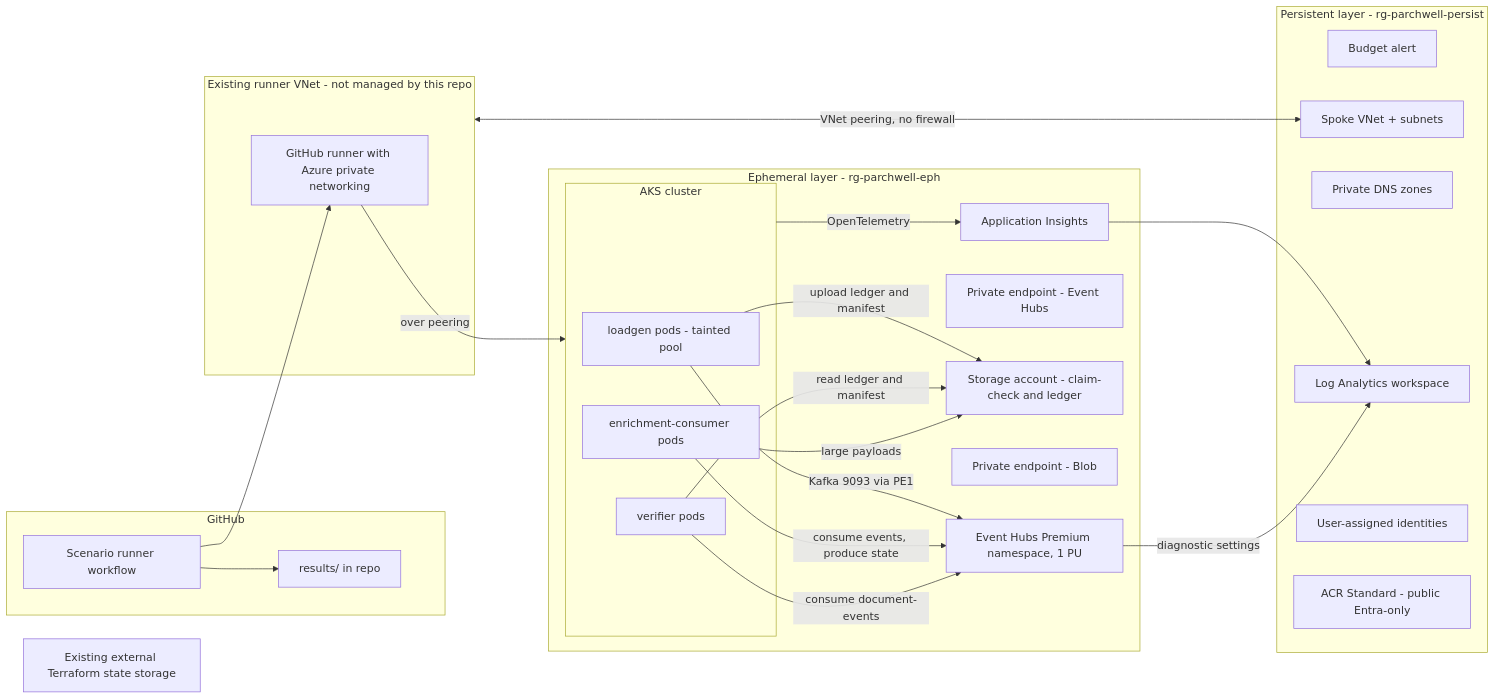
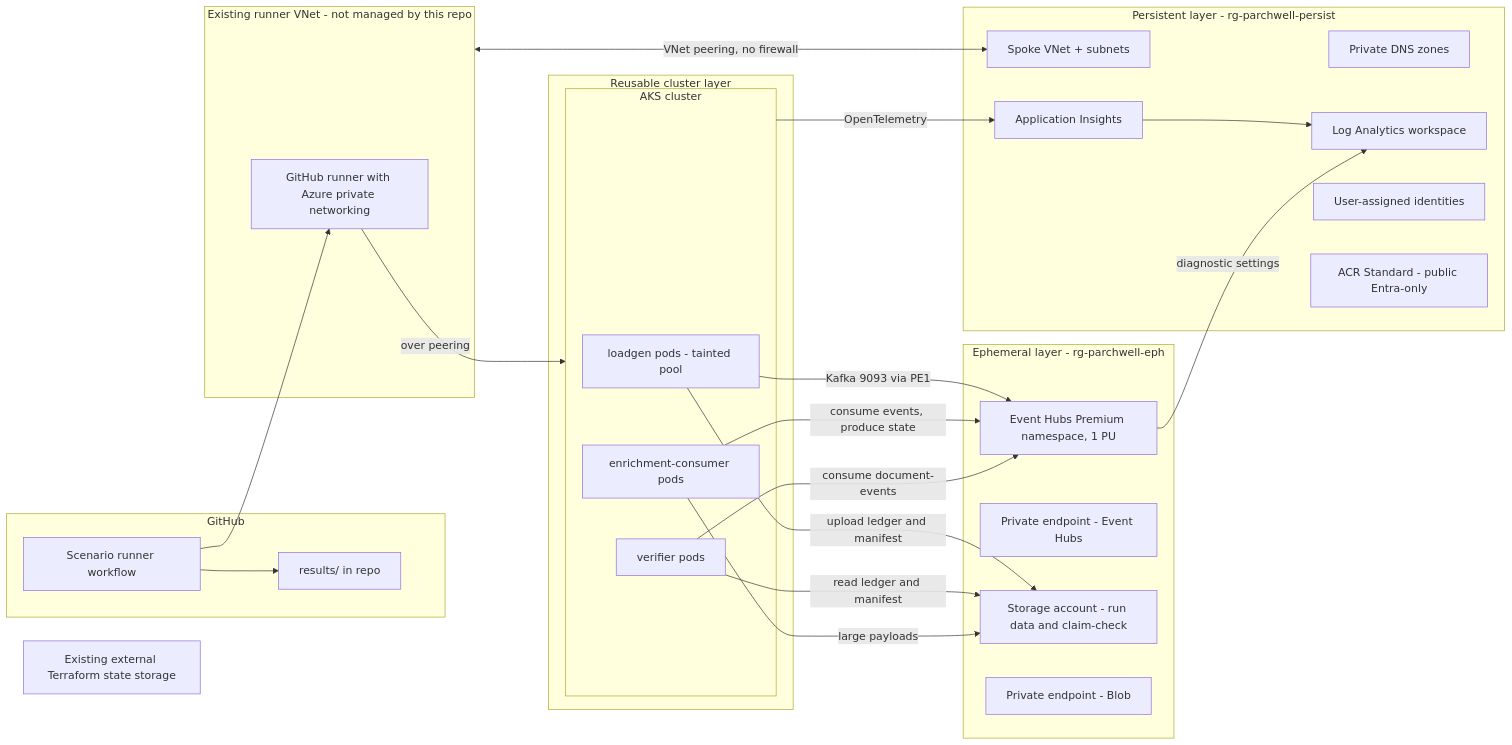
The diagram in docs/blueprint.md (collaborationwithothers/eventhubs-kafka-dotnet), drawn with Mermaid before and after one commit. The commit also changed other lines of this file and 7 other files, not shown here.

````diff
--- a/docs/blueprint.md
+++ b/docs/blueprint.md
@@ -62,44 +62,45 @@
 ```mermaid
 flowchart LR
   subgraph GH[GitHub]
     WF[Scenario runner workflow]
     RES[results/ in repo]
   end
   subgraph RVN[Existing runner VNet - not managed by this repo]
     RUN[GitHub runner with Azure private networking]
   end
   subgraph PERSIST[Persistent layer - rg-parchwell-persist]
-    BUD[Budget alert]
     VNET[Spoke VNet + subnets]
     DNS[Private DNS zones]
     LAW[Log Analytics workspace]
+    AI[Application Insights]
     UAMI[User-assigned identities]
     ACR[ACR Standard - public Entra-only]
   end
   TFS[Existing external Terraform state storage]
-  subgraph EPH[Ephemeral layer - rg-parchwell-eph]
+  subgraph CLUSTER[Reusable cluster layer]
     subgraph AKS[AKS cluster]
       LG[loadgen pods - tainted pool]
       EC[enrichment-consumer pods]
       VER[verifier pods]
     end
+  end
+  subgraph EPH[Ephemeral layer - rg-parchwell-eph]
     EHN[Event Hubs Premium namespace, 1 PU]
     PE1[Private endpoint - Event Hubs]
-    BLOB[Storage account - claim-check and ledger]
+    BLOB[Storage account - run data and claim-check]
     PE2[Private endpoint - Blob]
-    AI[Application Insights]
   end
   WF --> RUN
   RVN <-->|VNet peering, no firewall| VNET
   RUN -->|over peering| AKS
   LG -->|Kafka 9093 via PE1| EHN
   EC -->|consume events, produce state| EHN
   VER -->|consume document-events| EHN
   LG -->|upload ledger and manifest| BLOB
   VER -->|read ledger and manifest| BLOB
   EC -->|large payloads| BLOB
   AKS -->|OpenTelemetry| AI
   AI --> LAW
   EHN -->|diagnostic settings| LAW
   WF --> RES
 ```
````
